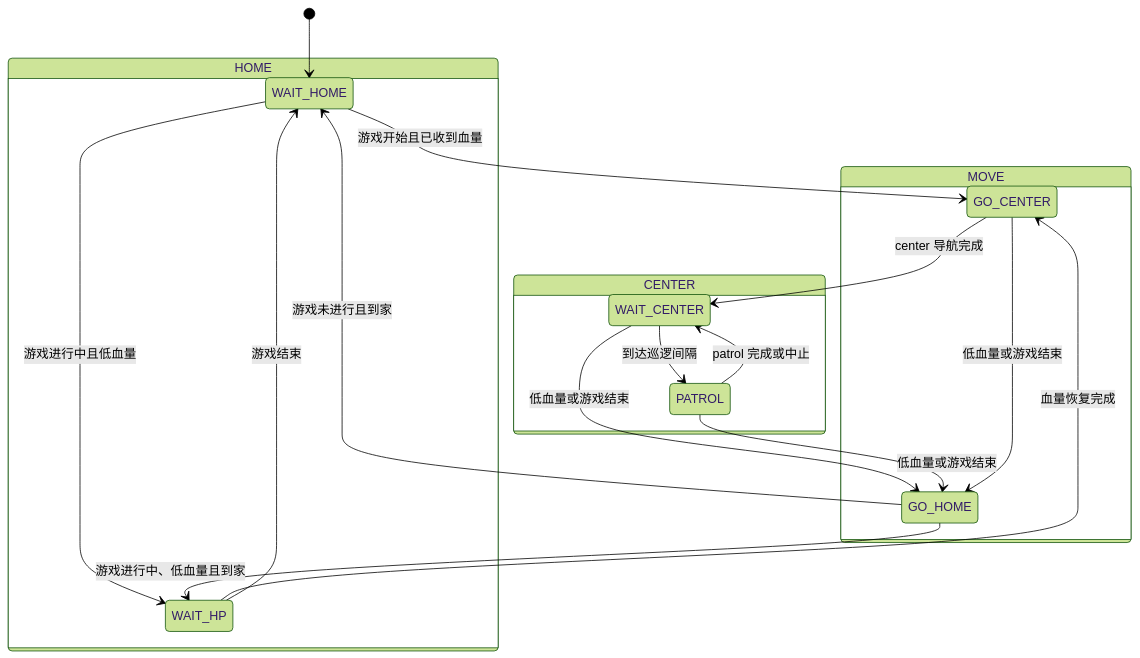
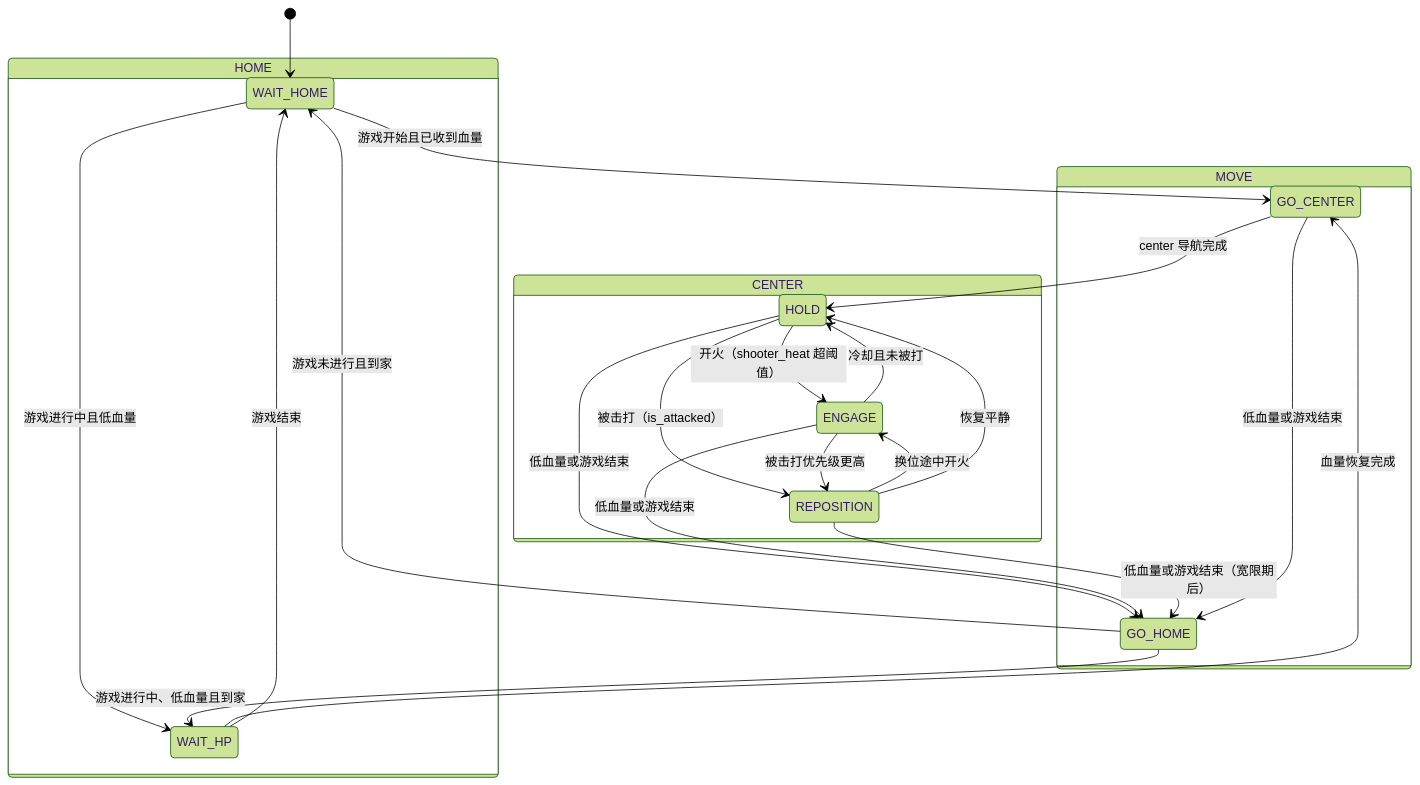
The diagram in src/decision/decision_node/README.md (colacondition/Lucifer_nav), drawn with Mermaid (forest theme) before and after one commit. The commit also changed other lines of this file and 5 other files, not shown here.

````diff
--- a/src/decision/decision_node/README.md
+++ b/src/decision/decision_node/README.md
@@ -34,35 +33,42 @@
 ```mermaid
 stateDiagram-v2
     [*] --> WAIT_HOME
 
     state HOME {
         WAIT_HOME
         WAIT_HP
     }
 
     state MOVE {
         GO_HOME
         GO_CENTER
     }
 
     state CENTER {
-        WAIT_CENTER
-        PATROL
+        HOLD
+        ENGAGE
+        REPOSITION
     }
 
     WAIT_HOME --> GO_CENTER: 游戏开始且已收到血量
     WAIT_HOME --> WAIT_HP: 游戏进行中且低血量
 
-    GO_CENTER --> WAIT_CENTER: center 导航完成
-    WAIT_CENTER --> PATROL: 到达巡逻间隔
-    PATROL --> WAIT_CENTER: patrol 完成或中止
+    GO_CENTER --> HOLD: center 导航完成
 
-    WAIT_CENTER --> GO_HOME: 低血量或游戏结束
-    PATROL --> GO_HOME: 低血量或游戏结束
+    HOLD --> ENGAGE: 开火（shooter_heat 超阈值）
+    HOLD --> REPOSITION: 被击打（is_attacked）
+    ENGAGE --> REPOSITION: 被击打优先级更高
+    ENGAGE --> HOLD: 冷却且未被打
+    REPOSITION --> ENGAGE: 换位途中开火
+    REPOSITION --> HOLD: 恢复平静
+
+    HOLD --> GO_HOME: 低血量或游戏结束
+    ENGAGE --> GO_HOME: 低血量或游戏结束
+    REPOSITION --> GO_HOME: 低血量或游戏结束（宽限期后）
     GO_CENTER --> GO_HOME: 低血量或游戏结束
 
     GO_HOME --> WAIT_HP: 游戏进行中、低血量且到家
     GO_HOME --> WAIT_HOME: 游戏未进行且到家
     WAIT_HP --> GO_CENTER: 血量恢复完成
     WAIT_HP --> WAIT_HOME: 游戏结束
 ```
````
